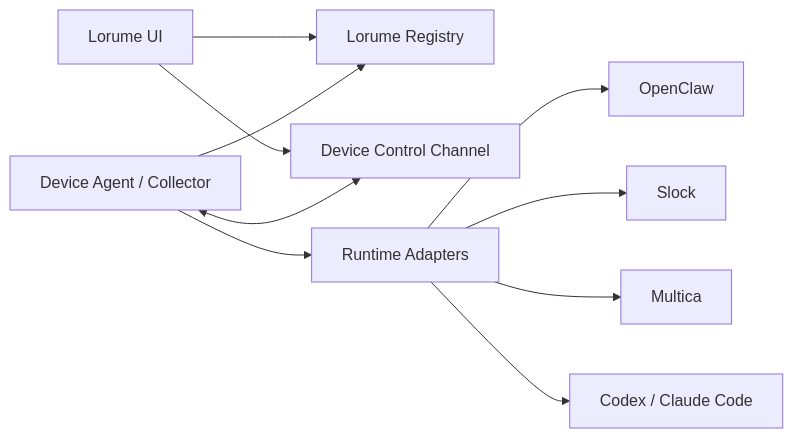
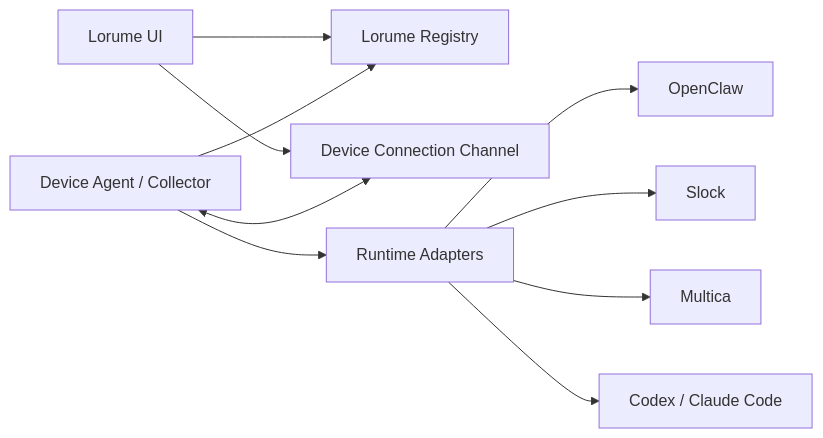
Before and after one commit to gezilinll/lorume: the diagram in docs/product/runtime-device-registration-spec.md, drawn with Mermaid. The commit also changed other lines of this file and 31 other files, not shown here.

````diff
--- a/docs/product/runtime-device-registration-spec.md
+++ b/docs/product/runtime-device-registration-spec.md
@@ -31,22 +31,22 @@
 ```mermaid
 flowchart LR
   UI["Lorume UI"]
   Registry["Lorume Registry"]
-  Control["Device Control Channel"]
+  Control["Device Connection Channel"]
   Collector["Device Agent / Collector"]
   Adapters["Runtime Adapters"]
   OpenClaw["OpenClaw"]
   Slock["Slock"]
   Multica["Multica"]
   CLIRuntime["Codex / Claude Code"]
 
   UI --> Registry
   UI --> Control
   Collector --> Registry
   Collector <--> Control
   Collector --> Adapters
   Adapters --> OpenClaw
   Adapters --> Slock
   Adapters --> Multica
   Adapters --> CLIRuntime
 ```
````
